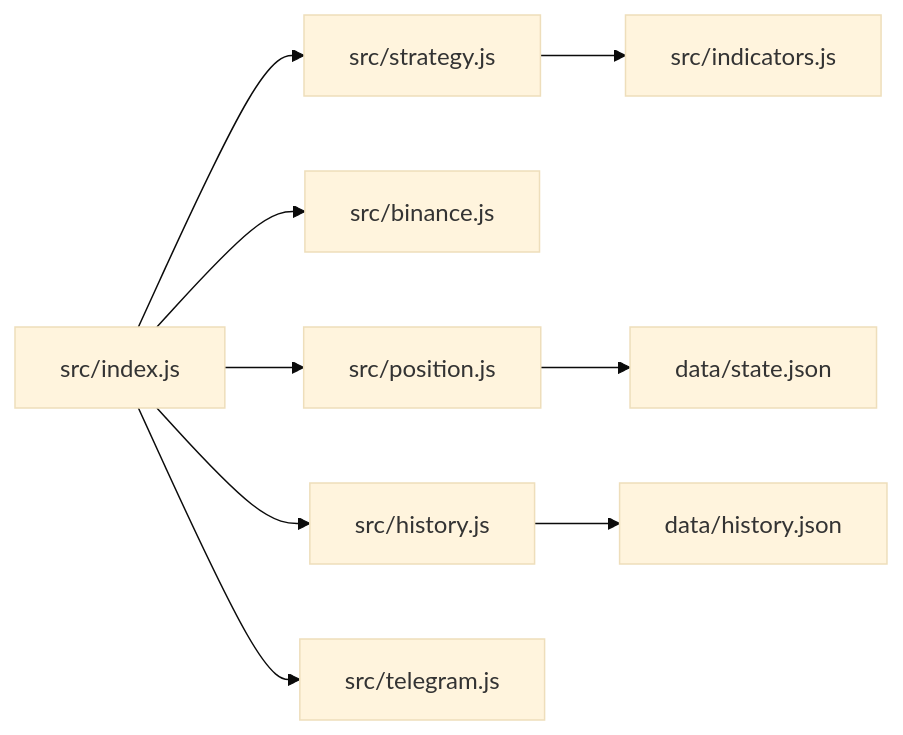
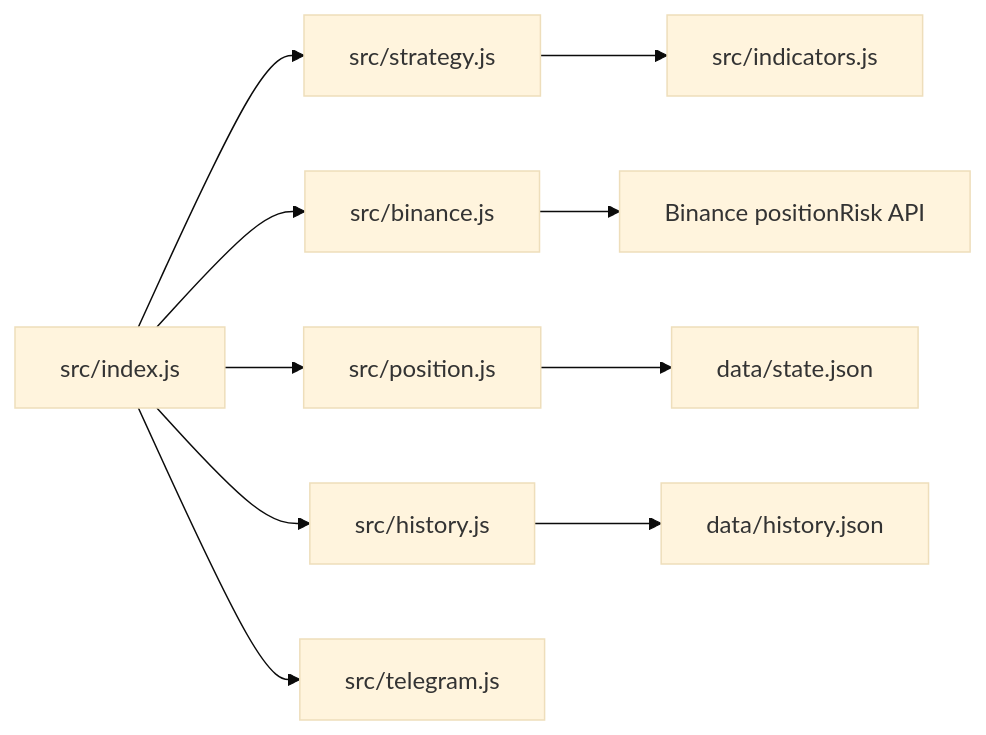
Before and after one commit to marcelofb/botCryptoLongStrategy: the second of 2 diagrams in README.md, drawn with Mermaid (base theme). The commit also changed other lines of this file and 2 other files, not shown here.

````diff
--- a/README.md
+++ b/README.md
@@ -83,11 +85,12 @@
 ```mermaid
 flowchart LR
     IDX[src/index.js] --> STR[src/strategy.js]
     IDX --> BIN[src/binance.js]
     IDX --> POS[src/position.js]
     IDX --> HIS[src/history.js]
     IDX --> TEL[src/telegram.js]
     STR --> IND[src/indicators.js]
+    BIN --> PR[Binance positionRisk API]
     POS --> DATA1[data/state.json]
     HIS --> DATA2[data/history.json]
 ```
````
